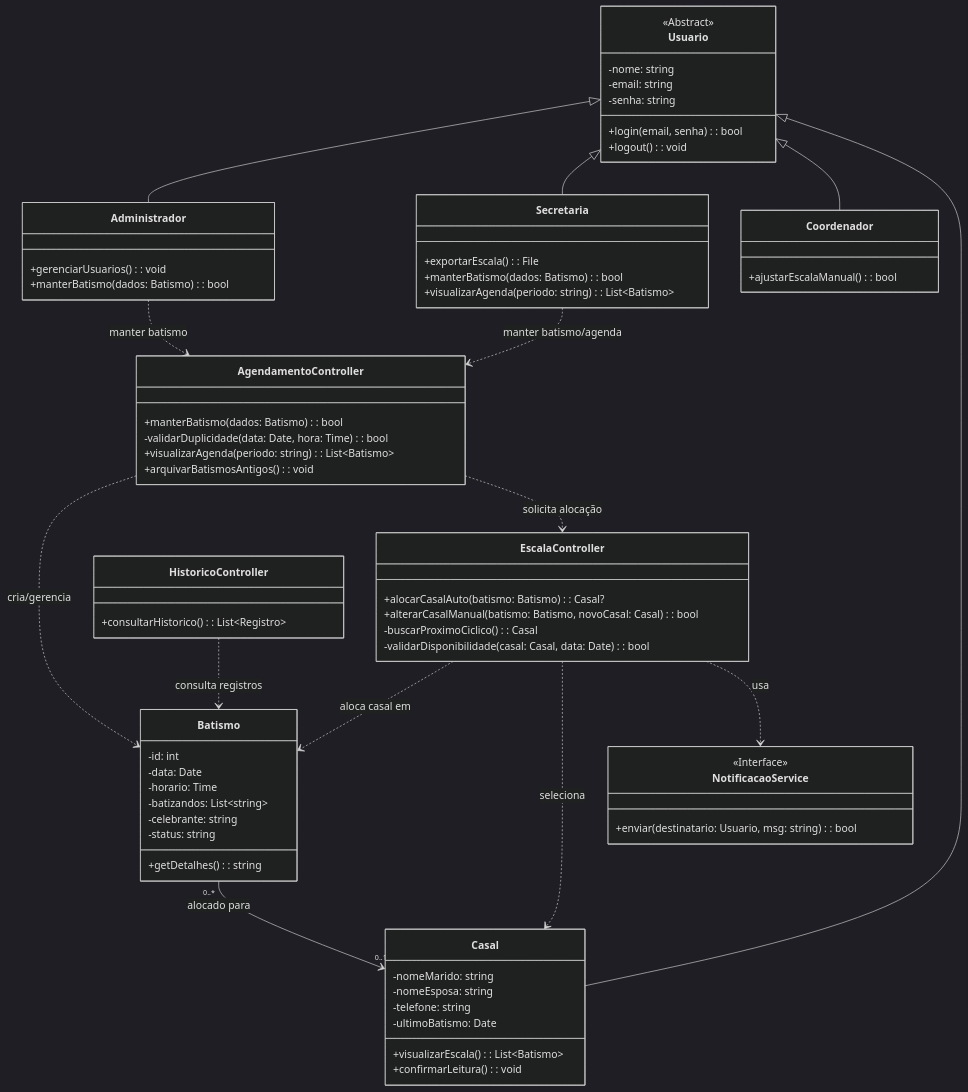
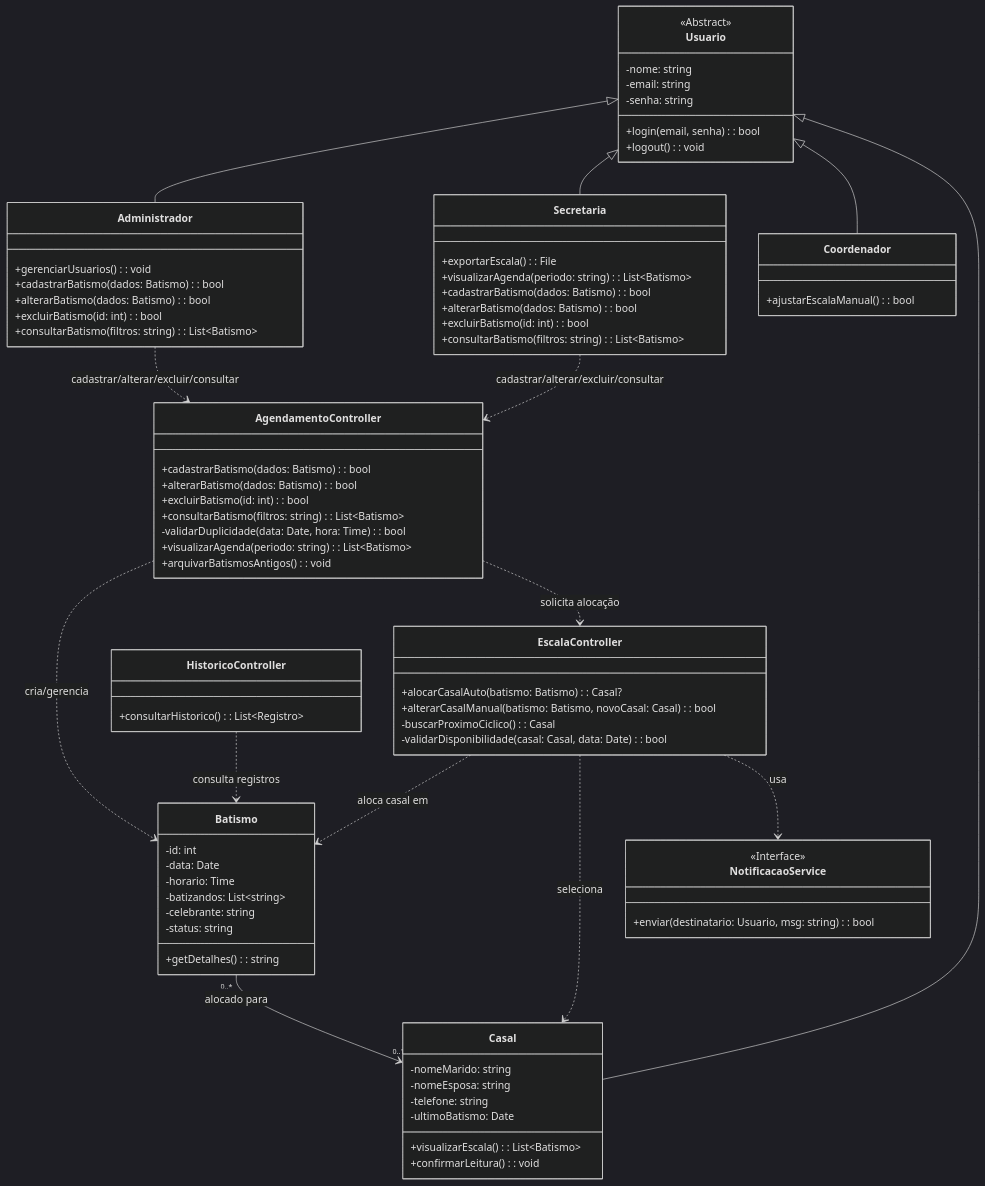
One commit to davicesarm/batismo changed the diagram in specs/logica/classes/analise_logica.mmd. Above: the diagram before and after it, drawn with Mermaid (dark theme). The commit also changed 67 other files, not shown here.

```diff
--- a/specs/logica/classes/analise_logica.mmd
+++ b/specs/logica/classes/analise_logica.mmd
@@ -1,85 +1,94 @@
 classDiagram
     %% Classes de Usuários
     class Usuario {
         <<Abstract>>
         -nome: string
         -email: string
         -senha: string
         +login(email, senha): bool
         +logout(): void
     }
 
     class Administrador {
         +gerenciarUsuarios(): void
-        +manterBatismo(dados: Batismo): bool
+        +cadastrarBatismo(dados: Batismo): bool
+        +alterarBatismo(dados: Batismo): bool
+        +excluirBatismo(id: int): bool
+        +consultarBatismo(filtros: string): List~Batismo~
     }
 
     class Secretaria {
         +exportarEscala(): File
-        +manterBatismo(dados: Batismo): bool
         +visualizarAgenda(periodo: string): List~Batismo~
+        +cadastrarBatismo(dados: Batismo): bool
+        +alterarBatismo(dados: Batismo): bool
+        +excluirBatismo(id: int): bool
+        +consultarBatismo(filtros: string): List~Batismo~
     }
 
     class Coordenador {
         +ajustarEscalaManual(): bool
     }
 
     class Casal {
         -nomeMarido: string
         -nomeEsposa: string
         -telefone: string
         -ultimoBatismo: Date
         +visualizarEscala(): List~Batismo~
         +confirmarLeitura(): void
     }
 
     %% Classes de Entidade e Controle
     class Batismo {
         -id: int
         -data: Date
         -horario: Time
         -batizandos: List~string~
         -celebrante: string
         -status: string
         +getDetalhes(): string
     }
 
     class AgendamentoController {
-        +manterBatismo(dados: Batismo): bool
+        +cadastrarBatismo(dados: Batismo): bool
+        +alterarBatismo(dados: Batismo): bool
+        +excluirBatismo(id: int): bool
+        +consultarBatismo(filtros: string): List~Batismo~
         -validarDuplicidade(data: Date, hora: Time): bool
         +visualizarAgenda(periodo: string): List~Batismo~
         +arquivarBatismosAntigos(): void
     }
 
     class EscalaController {
         %% Implementa RF006 (Ordem Cíclica)
         +alocarCasalAuto(batismo: Batismo): Casal?
         +alterarCasalManual(batismo: Batismo, novoCasal: Casal): bool
         -buscarProximoCiclico(): Casal
         -validarDisponibilidade(casal: Casal, data: Date): bool
     }
 
     class NotificacaoService {
         <<Interface>>
         +enviar(destinatario: Usuario, msg: string): bool
     }
 
     class HistoricoController {
         +consultarHistorico(): List~Registro~
     }
 
     %% Relacionamentos
     Usuario <|-- Administrador
     Usuario <|-- Secretaria
     Usuario <|-- Coordenador
     Usuario <|-- Casal
 
     AgendamentoController ..> Batismo : cria/gerencia
     EscalaController ..> Batismo : aloca casal em
     EscalaController ..> Casal : seleciona
     Batismo "0..*" --> "0..1" Casal : alocado para
     EscalaController ..> NotificacaoService : usa
     AgendamentoController ..> EscalaController : solicita alocação
     HistoricoController ..> Batismo : consulta registros
-    Administrador ..> AgendamentoController : manter batismo
-    Secretaria ..> AgendamentoController : manter batismo/agenda
+    Administrador ..> AgendamentoController : cadastrar/alterar/excluir/consultar
+    Secretaria ..> AgendamentoController : cadastrar/alterar/excluir/consultar
```
